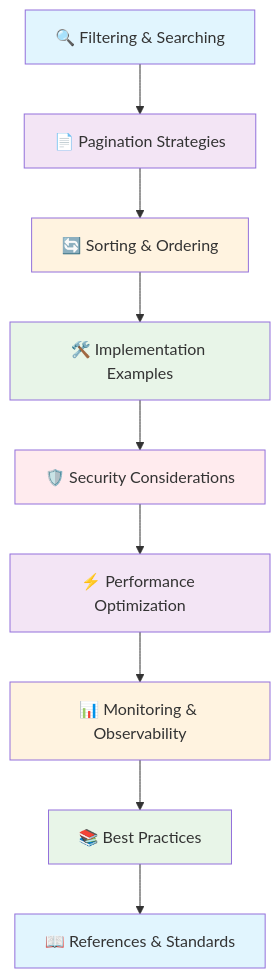
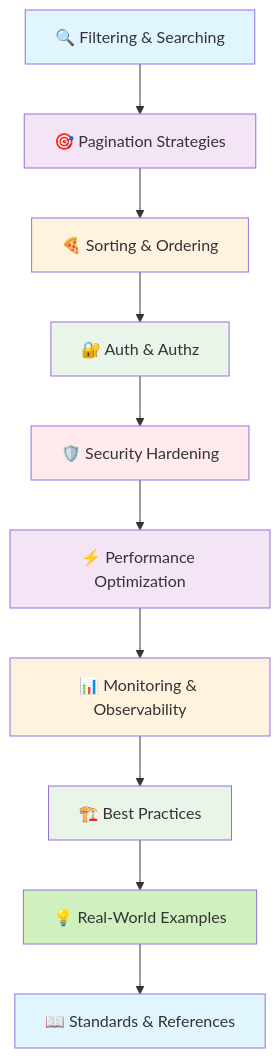
Before and after one commit to ridwanspace/restful-fastapi-guideline: the diagram in app/docs/03_intermediate/page.mdx, drawn with Mermaid. The commit also changed other lines of this file, not shown here.

````diff
--- a/app/docs/03_intermediate/page.mdx
+++ b/app/docs/03_intermediate/page.mdx
@@ -25,21 +25,23 @@
 ```mermaid
 graph TD
-    A[🔍 Filtering & Searching] --> B[📄 Pagination Strategies]
-    B --> C[🔄 Sorting & Ordering]
-    C --> D[🛠️ Implementation Examples]
-    D --> E[🛡️ Security Considerations]
+    A[🔍 Filtering & Searching] --> B[🎯 Pagination Strategies]
+    B --> C[🍕 Sorting & Ordering]
+    C --> D[🔐 Auth & Authz]
+    D --> E[🛡️ Security Hardening]
     E --> F[⚡ Performance Optimization]
     F --> G[📊 Monitoring & Observability]
-    G --> H[📚 Best Practices]
-    H --> I[📖 References & Standards]
+    G --> H[🏗️ Best Practices]
+    H --> I[💡 Real-World Examples]
+    I --> J[📖 Standards & References]
     
     style A fill:#e1f5fe
     style B fill:#f3e5f5
     style C fill:#fff3e0
     style D fill:#e8f5e8
     style E fill:#ffebee
     style F fill:#f3e5f5
     style G fill:#fff3e0
     style H fill:#e8f5e8
-    style I fill:#e1f5fe
+    style I fill:#d0f0c0
+    style J fill:#e1f5fe
 ```
````
